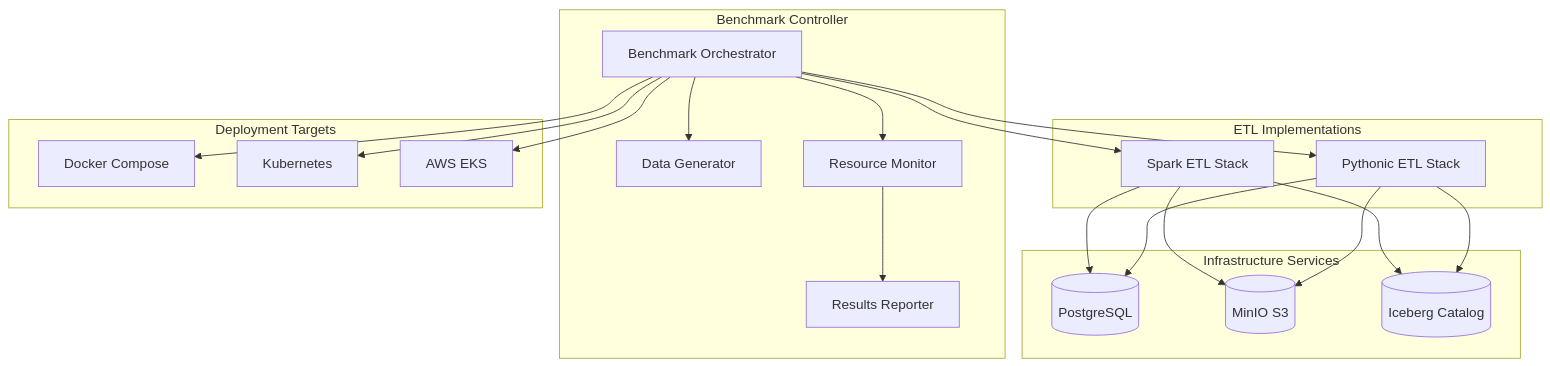
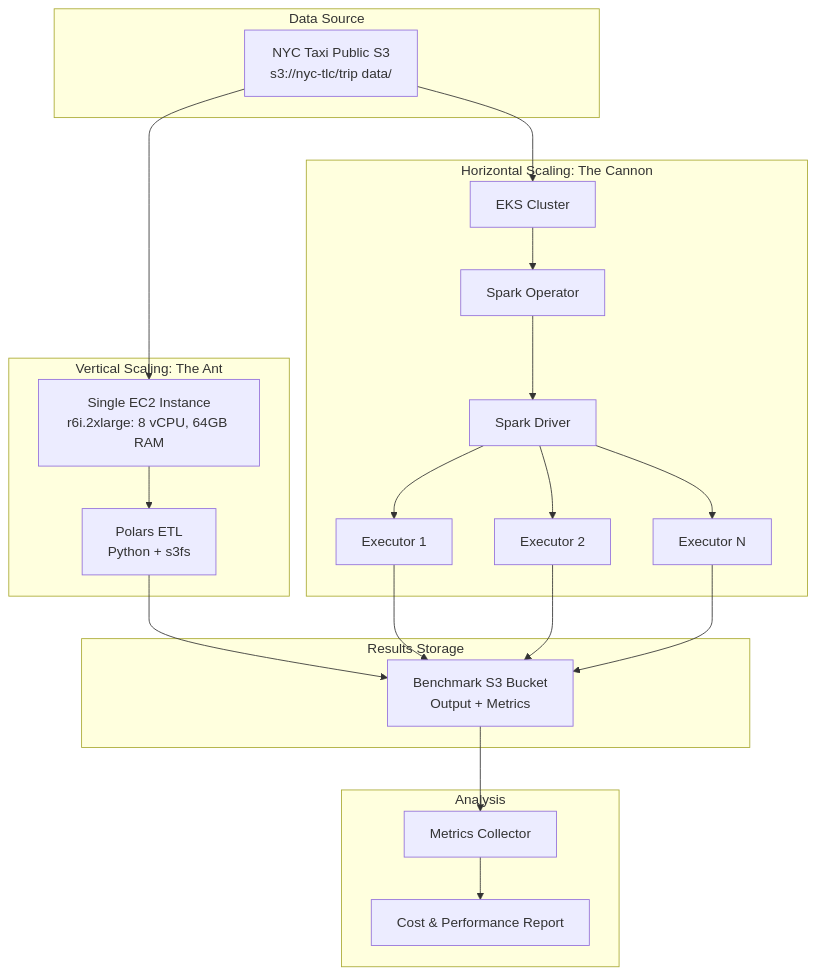
The first of 2 diagrams in .kiro/specs/pythonic-etl-benchmark/design.md (crs92/spark_and_non_spark_etl), drawn with Mermaid before and after one commit. The commit also changed other lines of this file and 10 other files, not shown here.

First line of the commit message:
feat(etl-benchmark): Implement NYC Taxi ETL with strategic pivot to vertical vs horizontal scaling

````diff
--- a/.kiro/specs/pythonic-etl-benchmark/design.md
+++ b/.kiro/specs/pythonic-etl-benchmark/design.md
@@ -13,44 +21,47 @@
 ```mermaid
 graph TB
-    subgraph "Benchmark Controller"
-        BC[Benchmark Orchestrator]
-        DG[Data Generator]
-        RM[Resource Monitor]
-        RR[Results Reporter]
+    subgraph "Data Source"
+        NYC[NYC Taxi Public S3<br/>s3://nyc-tlc/trip data/]
     end
 
-    subgraph "ETL Implementations"
-        SE[Spark ETL Stack]
-        PE[Pythonic ETL Stack]
+    subgraph "Vertical Scaling: The Ant"
+        EC2[Single EC2 Instance<br/>r6i.2xlarge: 8 vCPU, 64GB RAM]
+        POLARS[Polars ETL<br/>Python + s3fs]
     end
 
-    subgraph "Infrastructure Services"
-        PG[(PostgreSQL)]
-        MN[(MinIO S3)]
-        IC[(Iceberg Catalog)]
+    subgraph "Horizontal Scaling: The Cannon"
+        EKS[EKS Cluster]
+        SO[Spark Operator]
+        DRIVER[Spark Driver]
+        EXEC1[Executor 1]
+        EXEC2[Executor 2]
+        EXEC3[Executor N]
     end
 
-    subgraph "Deployment Targets"
-        DC[Docker Compose]
-        K8[Kubernetes]
-        AWS[AWS EKS]
+    subgraph "Results Storage"
+        S3OUT[Benchmark S3 Bucket<br/>Output + Metrics]
     end
 
-    BC --> DG
-    BC --> SE
-    BC --> PE
-    BC --> RM
-    RM --> RR
+    subgraph "Analysis"
+        METRICS[Metrics Collector]
+        REPORT[Cost & Performance Report]
+    end
 
-    SE --> PG
-    SE --> MN
-    SE --> IC
+    NYC --> EC2
+    NYC --> EKS
 
-    PE --> PG
-    PE --> MN
-    PE --> IC
+    EC2 --> POLARS
+    POLARS --> S3OUT
 
-    BC --> DC
-    BC --> K8
-    BC --> AWS
+    EKS --> SO
+    SO --> DRIVER
+    DRIVER --> EXEC1
+    DRIVER --> EXEC2
+    DRIVER --> EXEC3
+    EXEC1 --> S3OUT
+    EXEC2 --> S3OUT
+    EXEC3 --> S3OUT
+
+    S3OUT --> METRICS
+    METRICS --> REPORT
 ```
````
